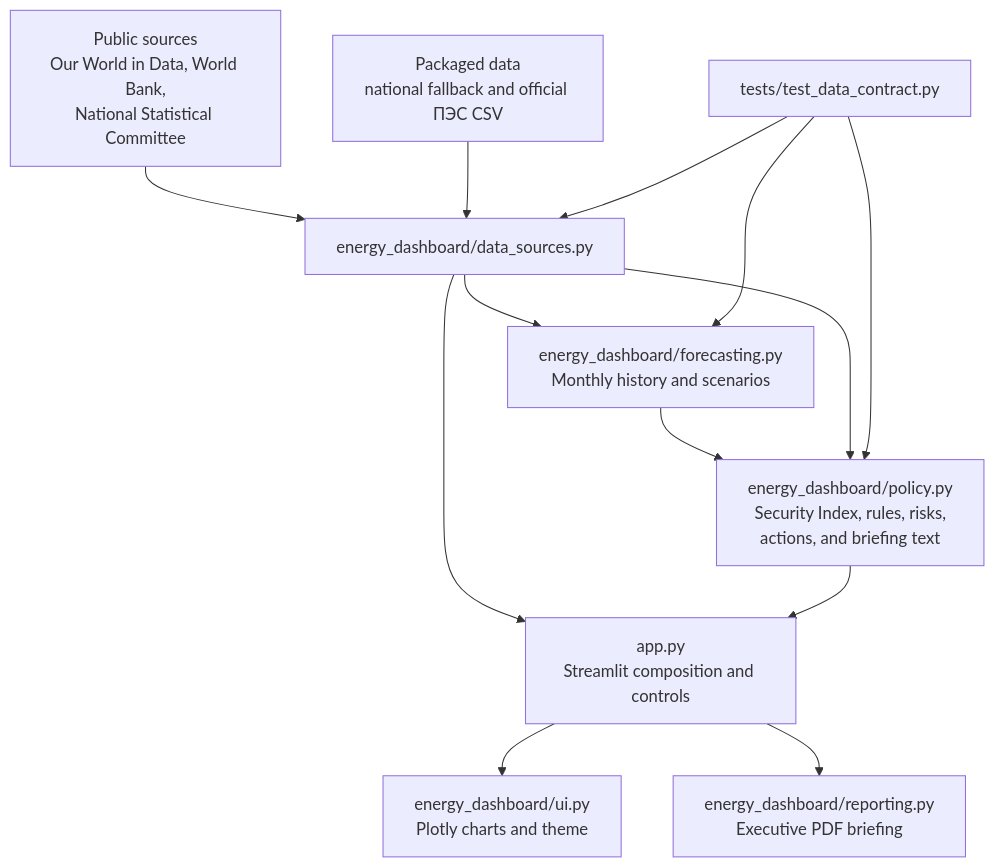
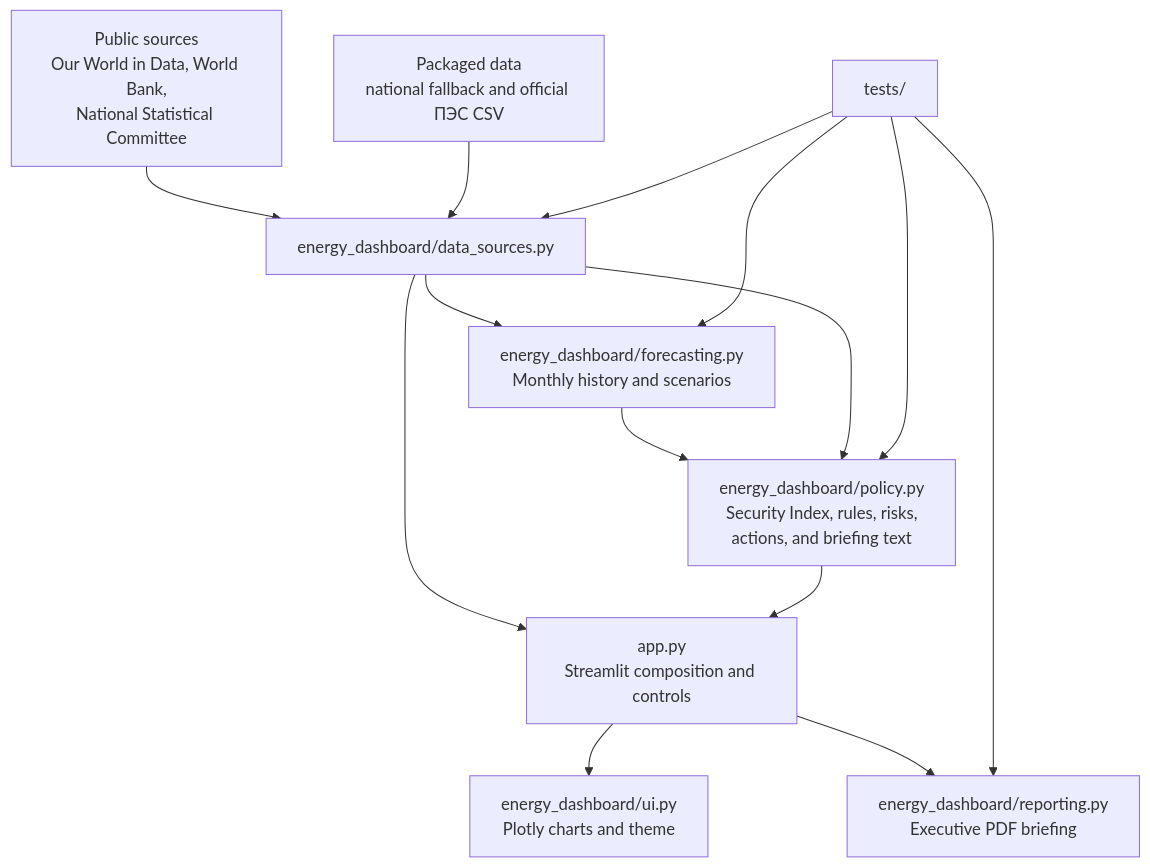
The diagram in README.md (Suiunibraev/kg-energy-dashboard), drawn with Mermaid before and after one commit. The commit also changed other lines of this file and 1 other file, not shown here.

First line of the commit message:
Update README and handoff notes for new tests and fixes

````diff
--- a/README.md
+++ b/README.md
@@ -53,15 +53,16 @@
 ```mermaid
 flowchart TD
     A["Public sources<br/>Our World in Data, World Bank,<br/>National Statistical Committee"] --> B["energy_dashboard/data_sources.py"]
     C["Packaged data<br/>national fallback and official ПЭС CSV"] --> B
     B --> D["app.py<br/>Streamlit composition and controls"]
     B --> E["energy_dashboard/forecasting.py<br/>Monthly history and scenarios"]
     E --> F["energy_dashboard/policy.py<br/>Security Index, rules, risks,<br/>actions, and briefing text"]
     B --> F
     D --> G["energy_dashboard/ui.py<br/>Plotly charts and theme"]
     F --> D
     D --> H["energy_dashboard/reporting.py<br/>Executive PDF briefing"]
-    I["tests/test_data_contract.py"] --> B
+    I["tests/"] --> B
+    I --> H
     I --> E
     I --> F
 ```
````
